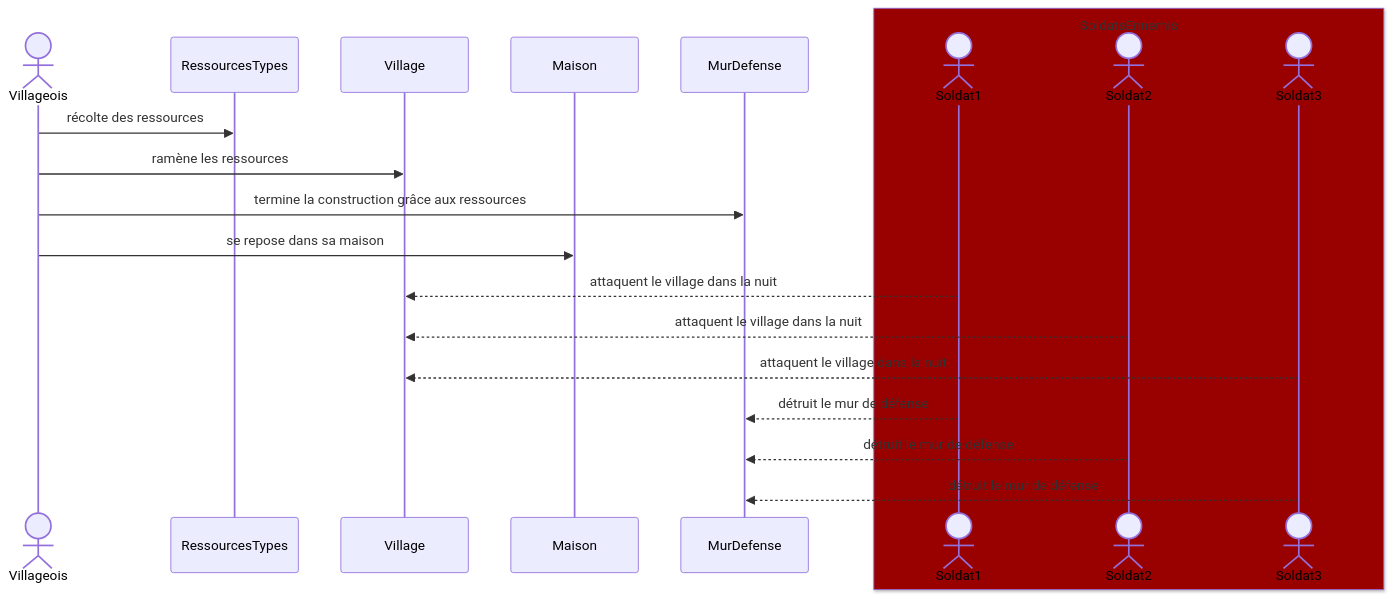
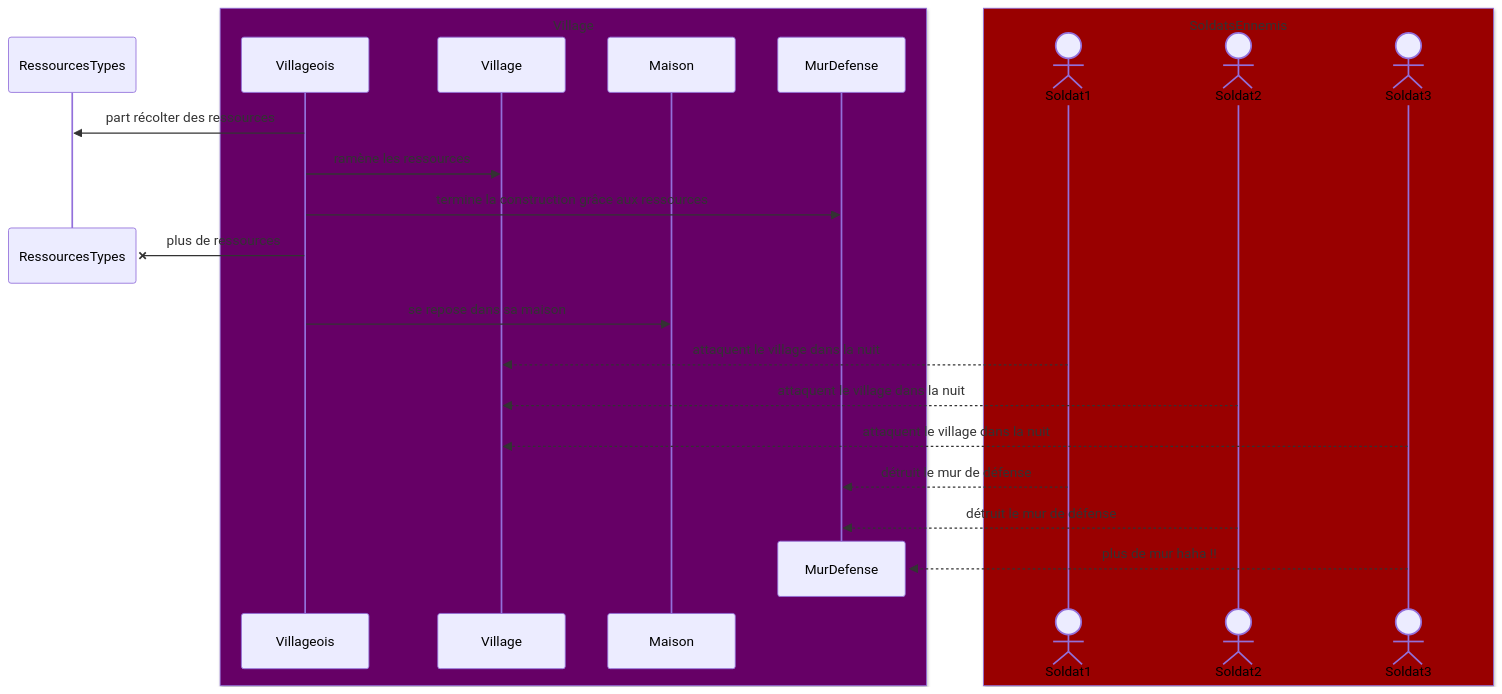
The diagram in SEQUENCEDIAGRAM.md (tcht-marie/brief08-POO-java), drawn with Mermaid before and after one commit.

Commit message:
rajout de petites conneries

````diff
--- a/SEQUENCEDIAGRAM.md
+++ b/SEQUENCEDIAGRAM.md
@@ -3,34 +3,43 @@
 ```mermaid
 ---
 titre: Nebula Game Labs
 ---
 
 sequenceDiagram
-    actor Villageois
     participant RessourcesTypes
     
-    Villageois->>RessourcesTypes : récolte des ressources
+    Villageois->>RessourcesTypes : part récolter des ressources
     
-    participant Village
+    box rgb(102,0,102) Village
+        participant  Villageois
+        participant Village
+        participant Maison
+        participant MurDefense
+    end
+    
     Villageois->>Village : ramène les ressources
-
-    participant Maison
-    participant MurDefense
     
     Villageois->>MurDefense : termine la construction grâce aux ressources
+    
+    destroy RessourcesTypes
+    Villageois-xRessourcesTypes : plus de ressources
+
     Villageois->>Maison : se repose dans sa maison
     
     box rgb(153,0,0) SoldatsEnnemis
     actor Soldat1
     actor Soldat2
     actor Soldat3
     end
     Soldat1-->>Village : attaquent le village dans la nuit
     Soldat2-->>Village : attaquent le village dans la nuit
     Soldat3-->>Village : attaquent le village dans la nuit
-    
+
     Soldat1-->>MurDefense : détruit le mur de défense
     Soldat2-->>MurDefense : détruit le mur de défense
-    Soldat3-->>MurDefense : détruit le mur de défense
+    destroy MurDefense
+    Soldat3-->>MurDefense : plus de mur haha !!
+
+    
 
 ```
````
